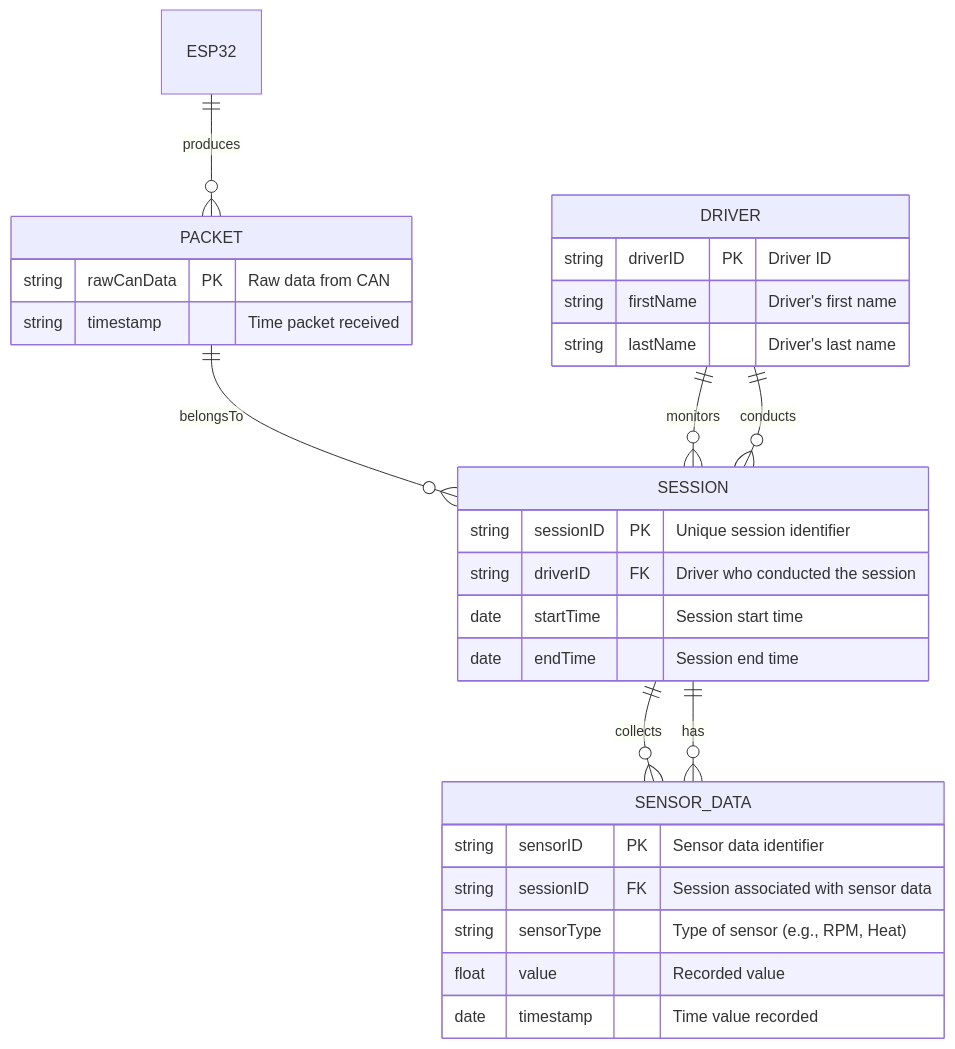
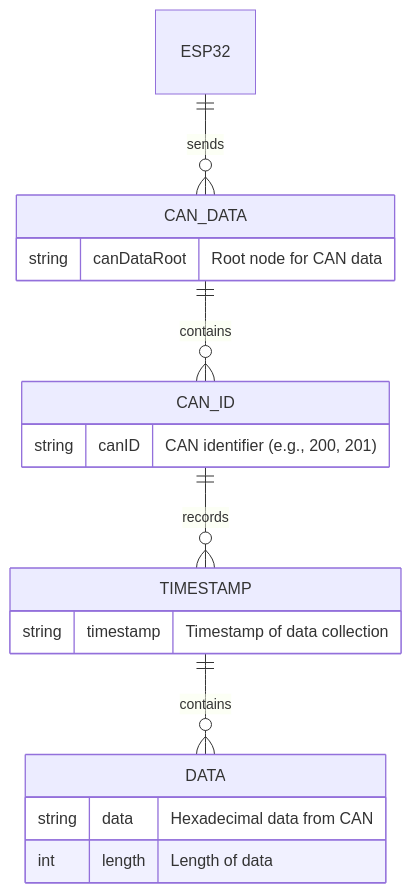
The diagram in documentation/docs/system-architecture/Database Design.md (capstone-projects-2024-fall/project-racecar-telemetry), drawn with Mermaid before and after one commit.

Commit message:
Update Database Design.md
This shows the hierarchy of our current Json tree in our FireBase real time database. Our database completely changed so the old ER diagram is completely outdated, this one will likely be outdated soon as well.

````diff
--- a/documentation/docs/system-architecture/Database Design.md
+++ b/documentation/docs/system-architecture/Database Design.md
@@ -4,34 +4,27 @@
 ```mermaid
 erDiagram
-    PACKET ||--o{ SESSION : belongsTo
-    SESSION ||--o{ SENSOR_DATA : collects
-    DRIVER ||--o{ SESSION : monitors
-    PACKET {
-        string rawCanData PK "Raw data from CAN"
-        string timestamp "Time packet received"
+    %%this shows the heiarchy of our Json tree in our FireBase- 
+    %%real time database
+    CAN_DATA ||--o{ CAN_ID : contains
+    CAN_ID ||--o{ TIMESTAMP : records
+    TIMESTAMP ||--o{ DATA : contains
+
+    CAN_DATA {
+        string canDataRoot "Root node for CAN data"
     }
-    SESSION {
-        string sessionID PK "Unique session identifier"
-        string driverID FK "Driver who conducted the session"
-        date startTime "Session start time"
-        date endTime "Session end time"
+
+    CAN_ID {
+        string canID "CAN identifier (e.g., 200, 201)"
     }
-    SENSOR_DATA {
-        string sensorID PK "Sensor data identifier"
-        string sessionID FK "Session associated with sensor data"
-        string sensorType "Type of sensor (e.g., RPM, Heat)"
-        float value "Recorded value"
-        date timestamp "Time value recorded"
+
+    TIMESTAMP {
+        string timestamp "Timestamp of data collection"
     }
-    DRIVER {
-        string driverID PK "Driver ID"
-        string firstName "Driver's first name"
-        string lastName "Driver's last name"
+
+    DATA {
+        string data "Hexadecimal data from CAN"
+        int length "Length of data"
     }
-    "ESP32" ||--o{ PACKET : produces
-    DRIVER ||--o{ SESSION : conducts
-    SESSION ||--o{ SENSOR_DATA : has
 
-
-
+    ESP32 ||--o{ CAN_DATA : sends
 ```
````
